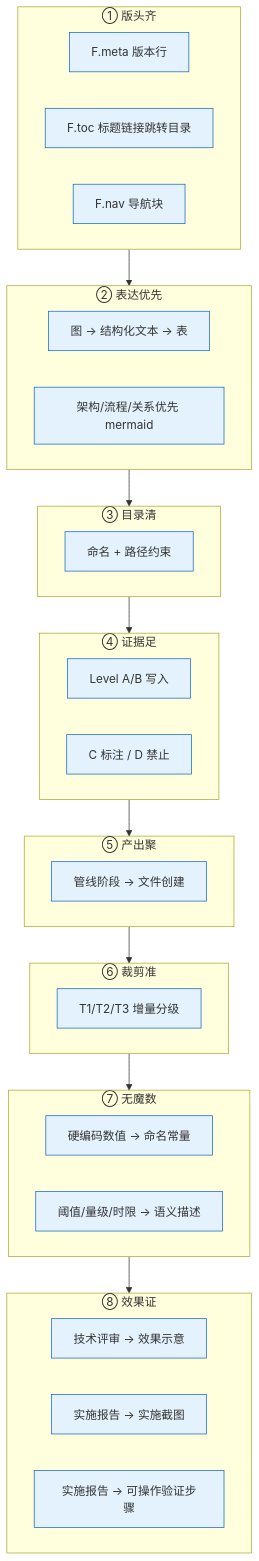
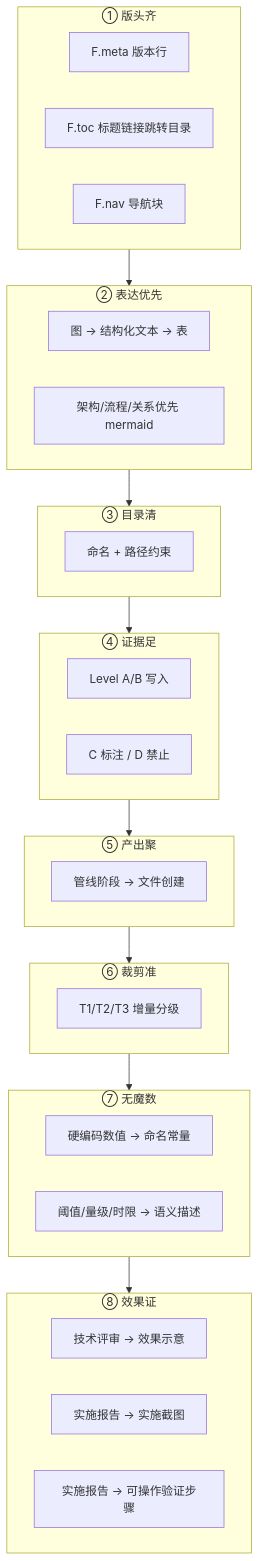
Before and after one commit to effiy/YrY: the first of 11 diagrams in rules/doc-generation.md, drawn with Mermaid. The commit also changed other lines of this file and 61 other files, not shown here.

````diff
--- a/rules/doc-generation.md
+++ b/rules/doc-generation.md
@@ -32,38 +32,37 @@
 ```mermaid
 flowchart TB
     subgraph C1["① 版头齐"]
         H1["F.meta 版本行"]:::c
         H2["F.toc 标题链接跳转目录"]:::c
         H3["F.nav 导航块"]:::c
     end
     subgraph C2["② 表达优先"]
         G1["图 → 结构化文本 → 表"]:::c
         G2["架构/流程/关系优先 mermaid"]:::c
     end
     subgraph C3["③ 目录清"]
         D1["命名 + 路径约束"]:::c
     end
     subgraph C4["④ 证据足"]
         E1["Level A/B 写入"]:::c
         E2["C 标注 / D 禁止"]:::c
     end
     subgraph C5["⑤ 产出聚"]
         O1["管线阶段 → 文件创建"]:::c
     end
     subgraph C6["⑥ 裁剪准"]
         T1["T1/T2/T3 增量分级"]:::c
     end
     subgraph C7["⑦ 无魔数"]
         N1["硬编码数值 → 命名常量"]:::c
         N2["阈值/量级/时限 → 语义描述"]:::c
     end
     subgraph C8["⑧ 效果证"]
         V1["技术评审 → 效果示意"]:::c
         V2["实施报告 → 实施截图"]:::c
         V3["实施报告 → 可操作验证步骤"]:::c
     end
 
     C1 --> C2 --> C3 --> C4 --> C5 --> C6 --> C7 --> C8
 
-    classDef c fill:#e3f2fd,stroke:#1565c0;
 ```
````
